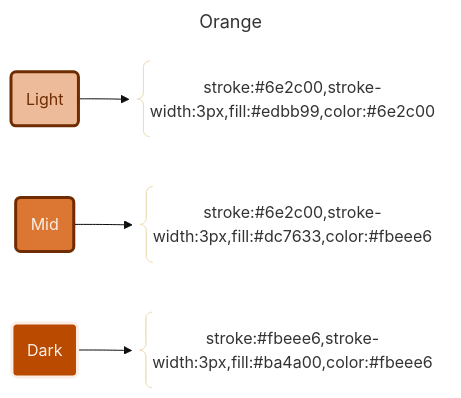
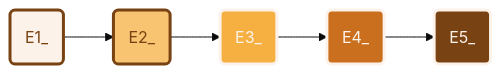
One commit to APrettyCoolProgram/aprettycoolprogram changed the tenth of 14 diagrams in profile/mermaid/mermaid.md. Above: the diagram before and after it, drawn with Mermaid (base theme). The commit also changed other lines of this file, not shown here.

````diff
--- a/profile/mermaid/mermaid.md
+++ b/profile/mermaid/mermaid.md
@@ -301,24 +328,17 @@
 ```mermaid
----
-title: Orange
----
 flowchart LR
-  %% Components
-  Light@{shape: rounded, label: "Light"}
-  LightString@{shape: brace, label: "stroke:#6e2c00,stroke-width:3px,fill:#edbb99,color:#6e2c00"}
-  Mid@{shape: rounded, label: "Mid"}
-  MidString@{shape: brace, label: "stroke:#6e2c00,stroke-width:3px,fill:#dc7633,color:#fbeee6"}
-  Dark@{shape: rounded, label: "Dark"}
-  DarkString@{shape: brace, label: "stroke:#fbeee6,stroke-width:3px,fill:#ba4a00,color:#fbeee6"}
-  %% Layout
-  Light --> LightString
-  Mid --> MidString
-  Dark --> DarkString
-  %% Styles
-  classDef Light stroke:#6e2c00,stroke-width:3px,fill:#edbb99,color:#6e2c00  
-  classDef Mid stroke:#6e2c00,stroke-width:3px,fill:#dc7633,color:#fbeee6
-  classDef Dark stroke:#fbeee6,stroke-width:3px,fill:#ba4a00,color:#fbeee6
-  class Light Light
-  class Mid Mid
-  class Dark Dark
+  %% Components
+  E1@{shape: rounded, label: "E1_"}
+  E2@{shape: rounded, label: "E2_"}
+  E3@{shape: rounded, label: "E3_"}
+  E4@{shape: rounded, label: "E4_"}
+  E5@{shape: rounded, label: "E5_"}
+  %% Layout
+  E1:::E1_ --> E2:::E2_ --> E3:::E3_ --> E4:::E4_ --> E5:::E5_ 
+  %% Styles
+  classDef E1_ stroke:#784212,stroke-width:3px,fill:#fdf2e9,color:#784212
+  classDef E2_ stroke:#784212,stroke-width:3px,fill:#f8c471,color:#784212  
+  classDef E3_ stroke:#fdf2e9,stroke-width:3px,fill:#f5b041,color:#fdf2e9
+  classDef E4_ stroke:#fdf2e9,stroke-width:3px,fill:#ca6f1e,color:#fdf2e9
+  classDef E5_ stroke:#fdf2e9,stroke-width:3px,fill:#784212,color:#fdf2e9
 ```
````
